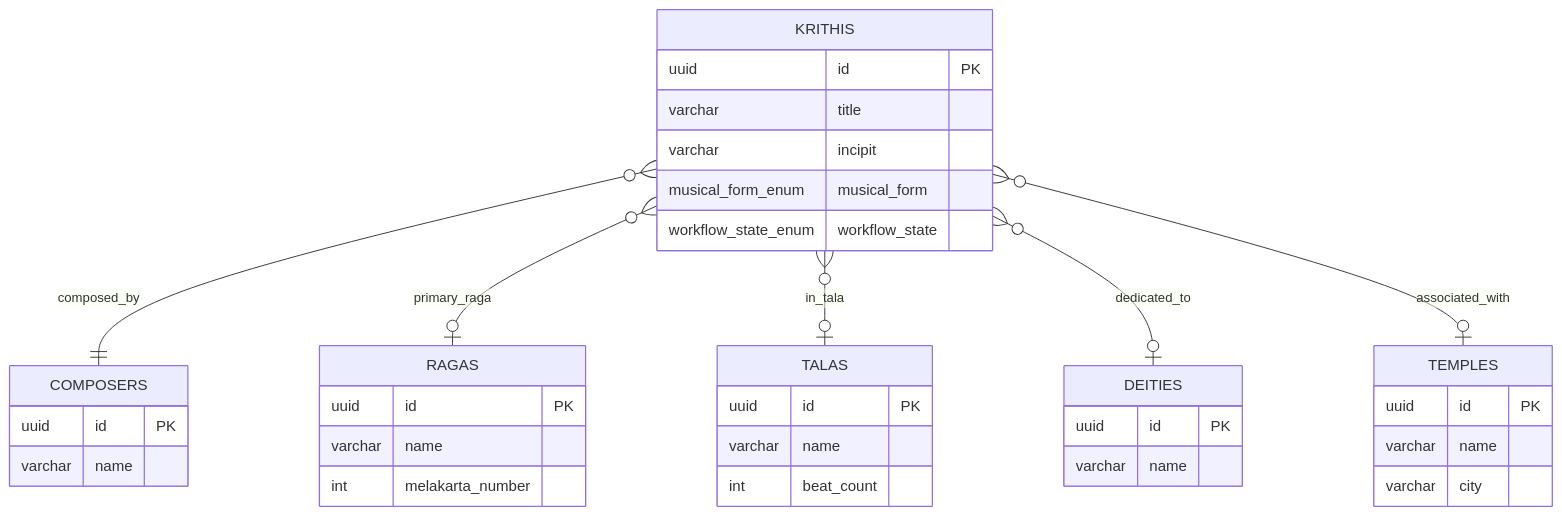
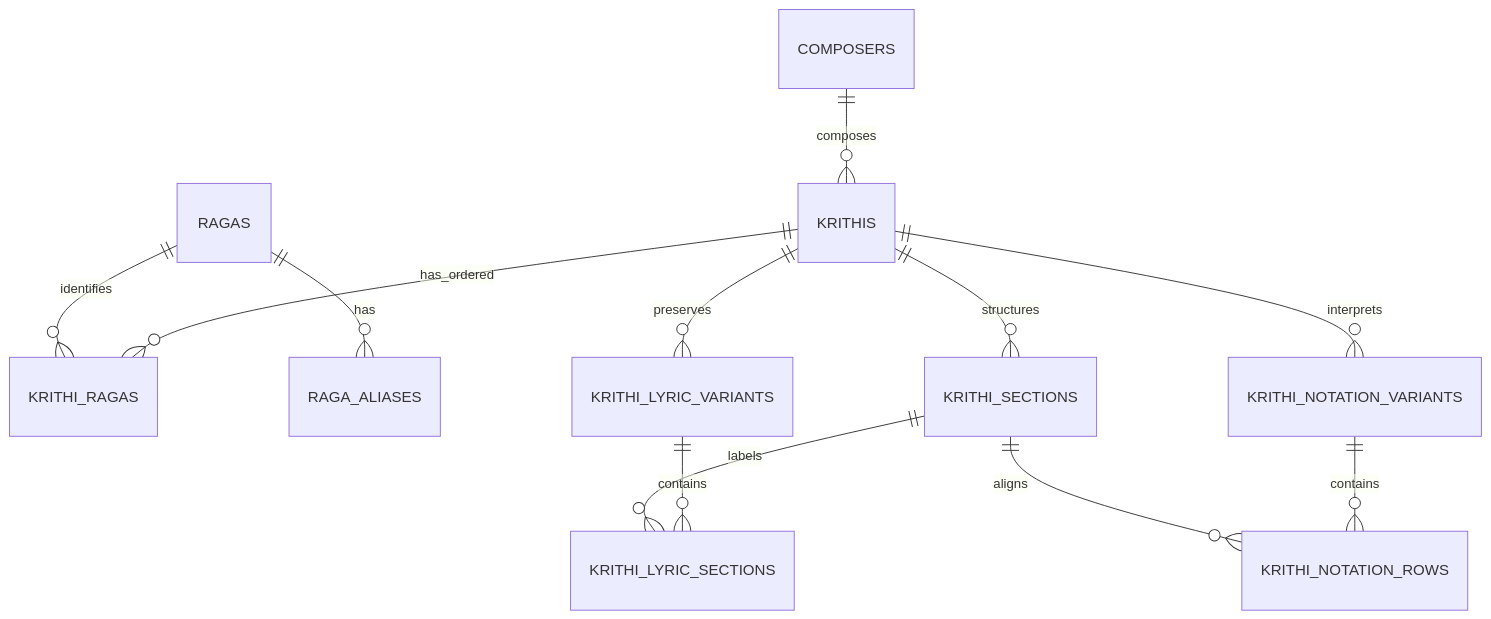
One commit to carnaticlabs/Sangeetha-Grantha changed the first of 3 diagrams in application_documentation/02-architecture/diagrams/erd.md. Above: the diagram before and after it, drawn with Mermaid. The commit also changed other lines of this file and 292 other files, not shown here.

````diff
--- a/application_documentation/02-architecture/diagrams/erd.md
+++ b/application_documentation/02-architecture/diagrams/erd.md
@@ -388,44 +17,14 @@
 ```mermaid
 erDiagram
-    KRITHIS {
-        uuid id PK
-        varchar title
-        varchar incipit
-        musical_form_enum musical_form
-        workflow_state_enum workflow_state
-    }
-
-    COMPOSERS {
-        uuid id PK
-        varchar name
-    }
-
-    RAGAS {
-        uuid id PK
-        varchar name
-        int melakarta_number
-    }
-
-    TALAS {
-        uuid id PK
-        varchar name
-        int beat_count
-    }
-
-    DEITIES {
-        uuid id PK
-        varchar name
-    }
-
-    TEMPLES {
-        uuid id PK
-        varchar name
-        varchar city
-    }
-
-    KRITHIS }o--|| COMPOSERS : "composed_by"
-    KRITHIS }o--o| RAGAS : "primary_raga"
-    KRITHIS }o--o| TALAS : "in_tala"
-    KRITHIS }o--o| DEITIES : "dedicated_to"
-    KRITHIS }o--o| TEMPLES : "associated_with"
+    COMPOSERS ||--o{ KRITHIS : composes
+    KRITHIS ||--o{ KRITHI_RAGAS : has_ordered
+    RAGAS ||--o{ KRITHI_RAGAS : identifies
+    RAGAS ||--o{ RAGA_ALIASES : has
+    KRITHIS ||--o{ KRITHI_SECTIONS : structures
+    KRITHIS ||--o{ KRITHI_LYRIC_VARIANTS : preserves
+    KRITHI_LYRIC_VARIANTS ||--o{ KRITHI_LYRIC_SECTIONS : contains
+    KRITHI_SECTIONS ||--o{ KRITHI_LYRIC_SECTIONS : labels
+    KRITHIS ||--o{ KRITHI_NOTATION_VARIANTS : interprets
+    KRITHI_NOTATION_VARIANTS ||--o{ KRITHI_NOTATION_ROWS : contains
+    KRITHI_SECTIONS ||--o{ KRITHI_NOTATION_ROWS : aligns
 ```
````
